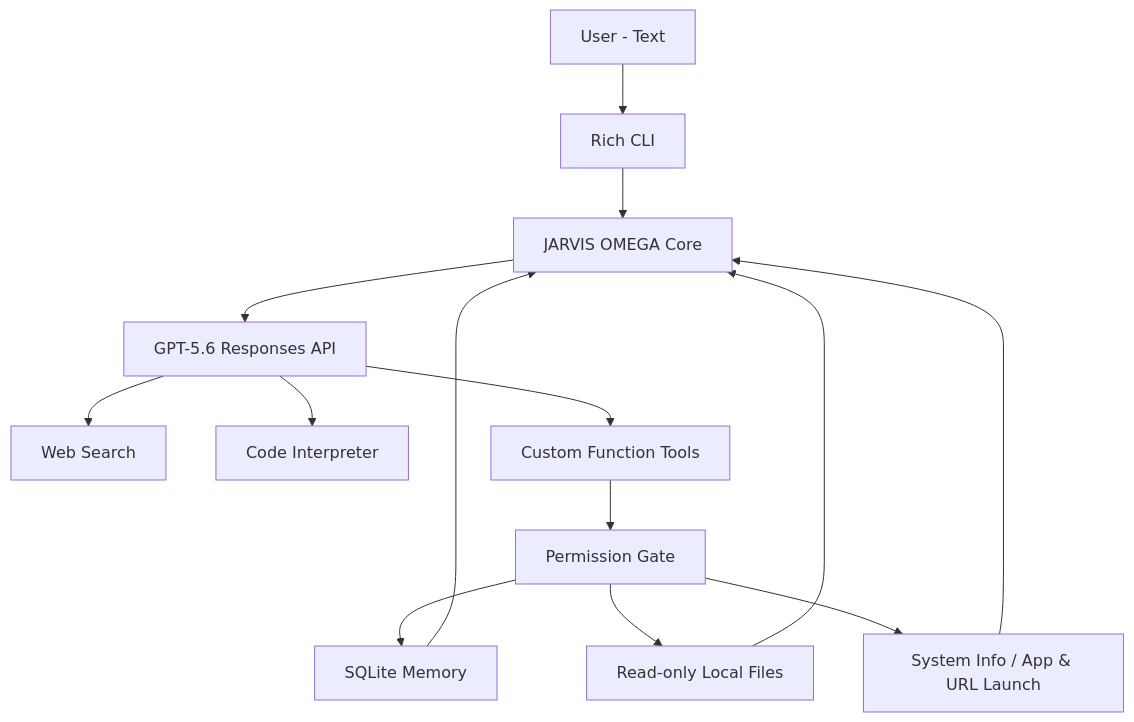
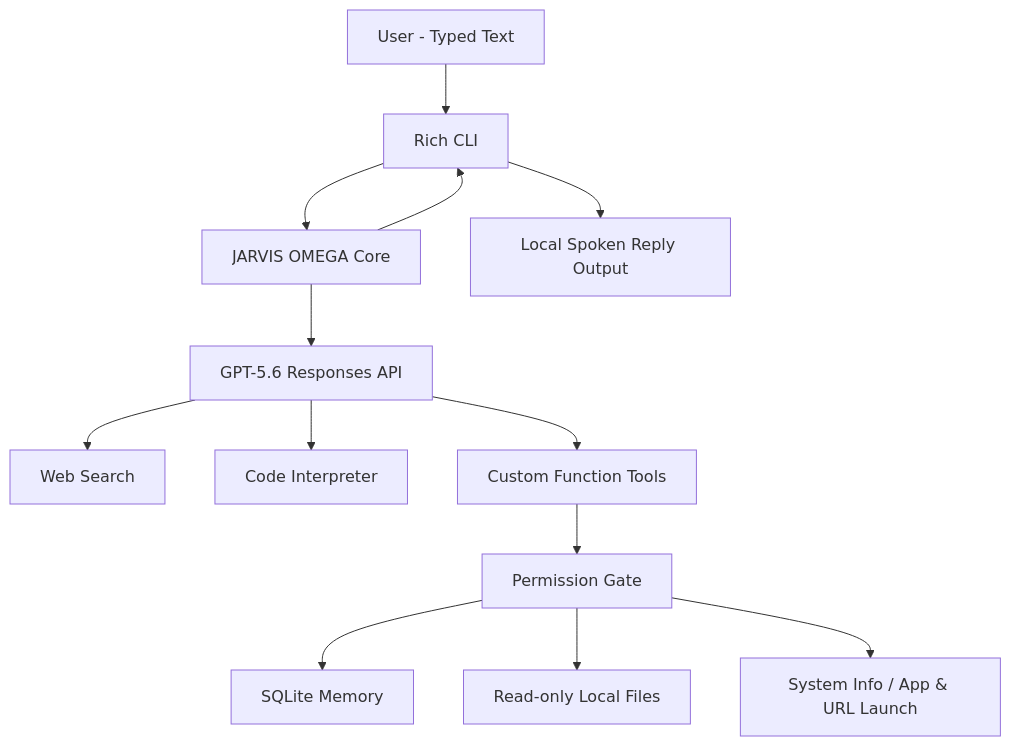
One commit to Adib0105/JARVIS-AI-OMEGA changed the diagram in README.md. Above: the diagram before and after it, drawn with Mermaid. The commit also changed other lines of this file, not shown here.

Commit message:
Document typed input with spoken JARVIS replies

````diff
--- a/README.md
+++ b/README.md
@@ -34,16 +39,15 @@
 ```mermaid
 flowchart TD
-    U[User - Text] --> UI[Rich CLI]
+    U[User - Typed Text] --> UI[Rich CLI]
     UI --> CORE[JARVIS OMEGA Core]
     CORE --> MODEL[GPT-5.6 Responses API]
     MODEL --> WEB[Web Search]
     MODEL --> CODE[Code Interpreter]
     MODEL --> TOOLS[Custom Function Tools]
     TOOLS --> GATE[Permission Gate]
     GATE --> MEM[SQLite Memory]
     GATE --> FILES[Read-only Local Files]
     GATE --> SYS[System Info / App & URL Launch]
-    MEM --> CORE
-    FILES --> CORE
-    SYS --> CORE
+    CORE --> UI
+    UI --> TTS[Local Spoken Reply Output]
 ```
````
